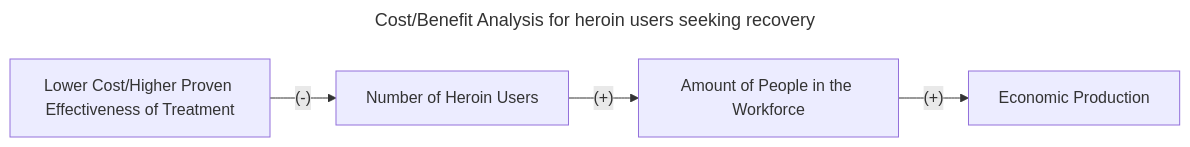
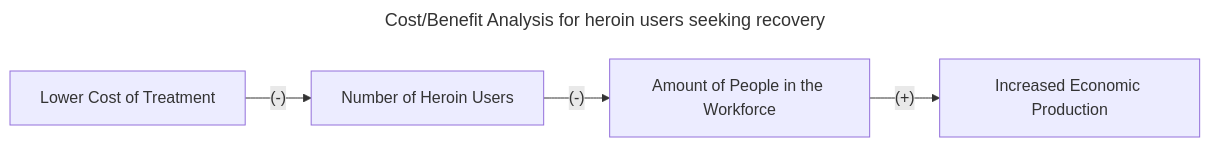
One commit to ecn310/course-project-zipcentercrime changed the fourth of 5 diagrams in Lit_Review/PaperSummaries.md. Above: the diagram before and after it, drawn with Mermaid. The commit also changed other lines of this file, not shown here.

````diff
--- a/Lit_Review/PaperSummaries.md
+++ b/Lit_Review/PaperSummaries.md
@@ -71,7 +71,7 @@
 ```mermaid
 ---
 title: Cost/Benefit Analysis for heroin users seeking recovery
 ---
 flowchart LR
-A["Lower Cost/Higher Proven Effectiveness of Treatment"] --(#45;)--> B["Number of Heroin Users"] --(#43;)--> C["Amount of People in the Workforce"] --(#43;)--> D["Economic Production"]
+A["Lower Cost of Treatment"] --(#45;)--> B["Number of Heroin Users"] --(#45;)--> C["Amount of People in the Workforce"] --(#43;)--> D["Increased Economic Production"]
 ```
````
